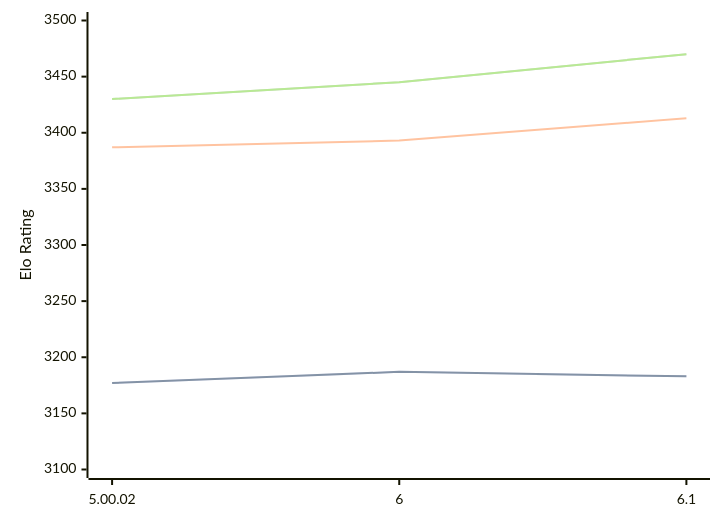
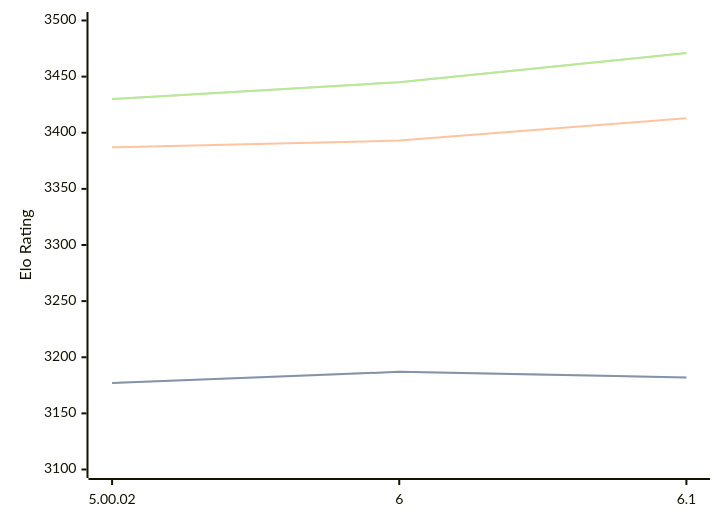
Before and after one commit to computer-chess-index/cci: the diagram in engines/Zangdar.md, drawn with Mermaid. The commit also changed other lines of this file, not shown here.

Commit message:
Update CCI Ratings (ELO VLTC) - 2026-02-21

````diff
--- a/engines/Zangdar.md
+++ b/engines/Zangdar.md
@@ -42,11 +42,11 @@
 ```mermaid
 %%{init: {"theme":"base","themeVariables":{"seriesColors:['#a3a3a3','#222221','#faa371']}}}%%
 xychart-beta
   x-axis ["5.00.02", "6", "6.1"]
   y-axis "Elo Rating" 3100 --> 3500
-  line "STC (8.0+0.08s)" [3177, 3187, 3183]
-  line "STC (8.0+0.08s)" [3177, 3187, 3183]
+  line "STC (8.0+0.08s)" [3177, 3187, 3182]
+  line "STC (8.0+0.08s)" [3177, 3187, 3182]
   line "LTC (60.0+0.60s)" [3387, 3393, 3413]
-  line "VLTC (2m24s+1.12s)" [3430, 3445, 3470]
-  line "VLTC (2m24s+1.12s)" [3430, 3445, 3470]
+  line "VLTC (2m24s+1.12s)" [3430, 3445, 3471]
+  line "VLTC (2m24s+1.12s)" [3430, 3445, 3471]
 ```
````
